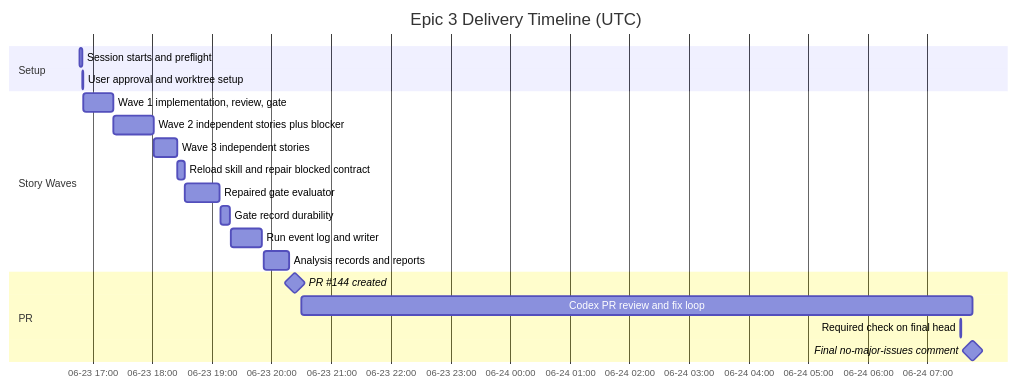
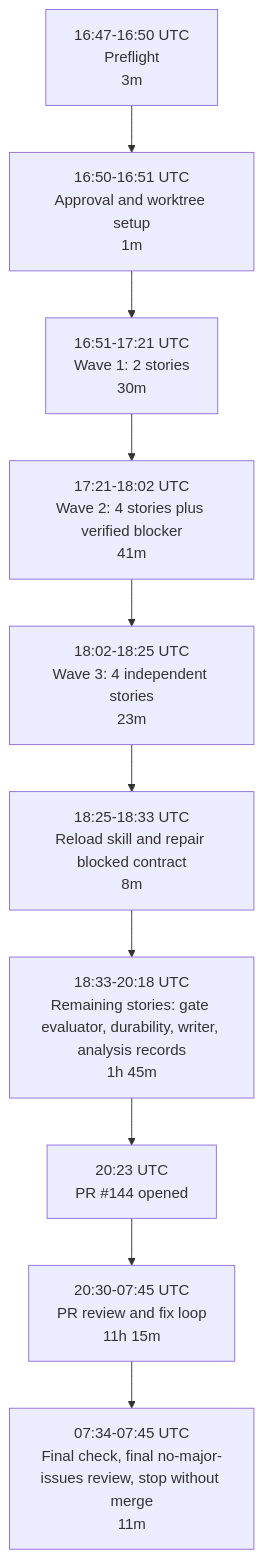
One commit to aryeko/agentic-workflow-kit changed the second of 2 diagrams in docs/implementation/epics/epic-3-core-runtime-spine/delivery-retro-report.md. Above: the diagram before and after it, drawn with Mermaid. The commit also changed other lines of this file, not shown here.

Commit message:
docs: simplify epic 3 retro timeline

````diff
--- a/docs/implementation/epics/epic-3-core-runtime-spine/delivery-retro-report.md
+++ b/docs/implementation/epics/epic-3-core-runtime-spine/delivery-retro-report.md
@@ -121,26 +124,15 @@
 ```mermaid
-gantt
-    title Epic 3 Delivery Timeline (UTC)
-    dateFormat  YYYY-MM-DD HH:mm
-    axisFormat  %m-%d %H:%M
+flowchart TD
+    A["16:47-16:50 UTC<br/>Preflight<br/>3m"]
+    B["16:50-16:51 UTC<br/>Approval and worktree setup<br/>1m"]
+    C["16:51-17:21 UTC<br/>Wave 1: 2 stories<br/>30m"]
+    D["17:21-18:02 UTC<br/>Wave 2: 4 stories plus verified blocker<br/>41m"]
+    E["18:02-18:25 UTC<br/>Wave 3: 4 independent stories<br/>23m"]
+    F["18:25-18:33 UTC<br/>Reload skill and repair blocked contract<br/>8m"]
+    G["18:33-20:18 UTC<br/>Remaining stories: gate evaluator, durability, writer, analysis records<br/>1h 45m"]
+    H["20:23 UTC<br/>PR #144 opened"]
+    I["20:30-07:45 UTC<br/>PR review and fix loop<br/>11h 15m"]
+    J["07:34-07:45 UTC<br/>Final check, final no-major-issues review, stop without merge<br/>11m"]
 
-    section Setup
-    Session starts and preflight              :2026-06-23 16:47, 2026-06-23 16:50
-    User approval and worktree setup          :2026-06-23 16:50, 2026-06-23 16:51
-
-    section Story Waves
-    Wave 1 implementation, review, gate       :2026-06-23 16:51, 2026-06-23 17:21
-    Wave 2 independent stories plus blocker   :2026-06-23 17:21, 2026-06-23 18:02
-    Wave 3 independent stories                :2026-06-23 18:02, 2026-06-23 18:25
-    Reload skill and repair blocked contract  :2026-06-23 18:25, 2026-06-23 18:33
-    Repaired gate evaluator                   :2026-06-23 18:33, 2026-06-23 19:08
-    Gate record durability                    :2026-06-23 19:09, 2026-06-23 19:18
-    Run event log and writer                  :2026-06-23 19:19, 2026-06-23 19:50
-    Analysis records and reports              :2026-06-23 19:52, 2026-06-23 20:18
-
-    section PR
-    PR #144 created                           :milestone, 2026-06-23 20:23, 0m
-    Codex PR review and fix loop              :2026-06-23 20:30, 2026-06-24 07:45
-    Required check on final head              :2026-06-24 07:33, 2026-06-24 07:34
-    Final no-major-issues comment             :milestone, 2026-06-24 07:45, 0m
+    A --> B --> C --> D --> E --> F --> G --> H --> I --> J
 ```
````
